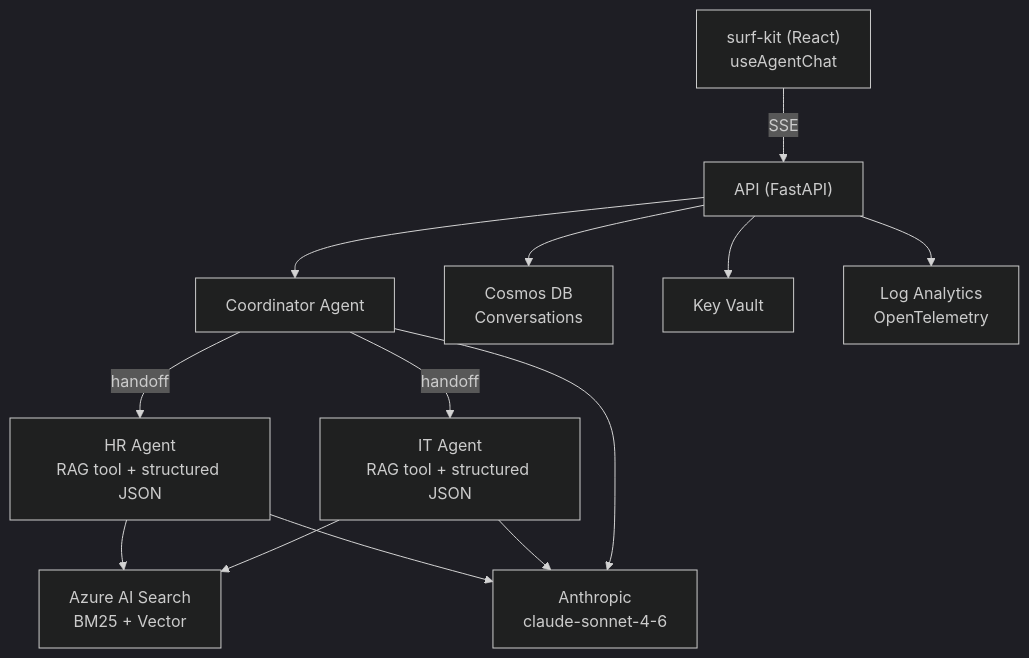
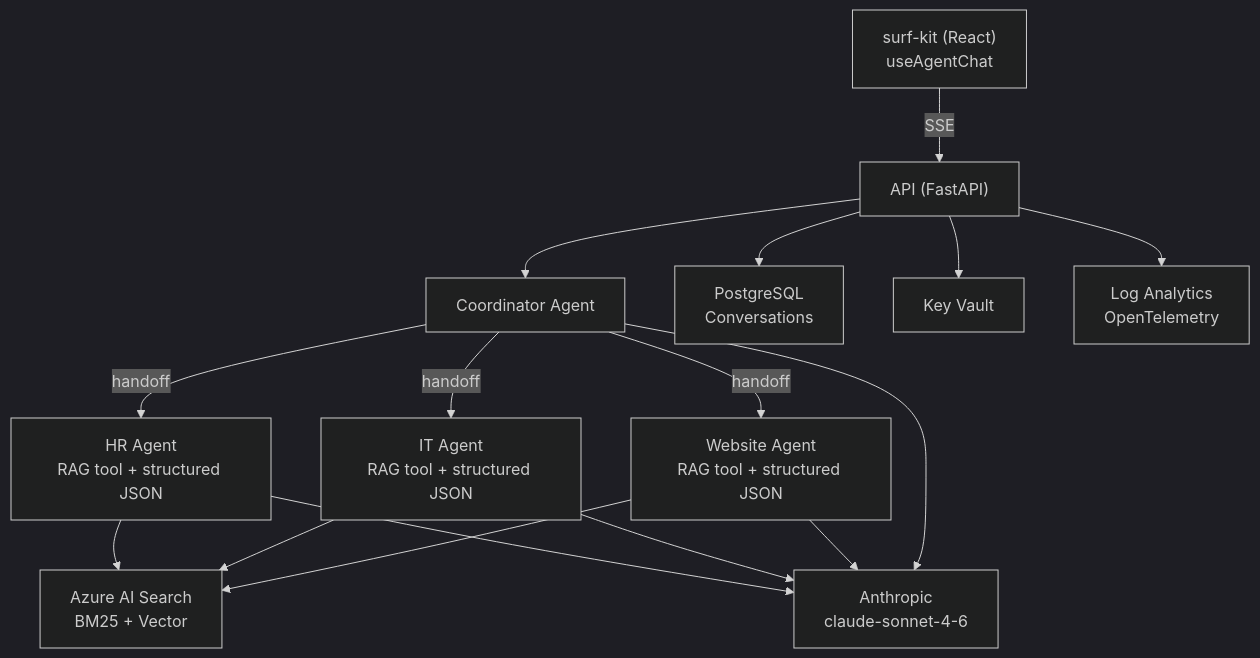
The first of 2 diagrams in README.md (barney-w/surf), drawn with Mermaid (dark theme) before and after one commit. The commit also changed other lines of this file, not shown here.

Commit message:
docs: update README with current architecture and features

````diff
--- a/README.md
+++ b/README.md
@@ -86,26 +110,30 @@
 ```mermaid
 graph TD
   client["surf-kit (React)<br/>useAgentChat"]
   api["API (FastAPI)"]
   coordinator["Coordinator Agent"]
   hr_agent["HR Agent<br/>RAG tool + structured JSON"]
   it_agent["IT Agent<br/>RAG tool + structured JSON"]
+  website_agent["Website Agent<br/>RAG tool + structured JSON"]
   aisearch["Azure AI Search<br/>BM25 + Vector"]
   anthropic["Anthropic<br/>claude-sonnet-4-6"]
-  cosmos["Cosmos DB<br/>Conversations"]
+  postgres["PostgreSQL<br/>Conversations"]
   keyvault["Key Vault"]
   logs["Log Analytics<br/>OpenTelemetry"]
 
   client -->|SSE| api
   api --> coordinator
   coordinator -->|handoff| hr_agent
   coordinator -->|handoff| it_agent
+  coordinator -->|handoff| website_agent
   hr_agent --> aisearch
   it_agent --> aisearch
+  website_agent --> aisearch
   hr_agent --> anthropic
   it_agent --> anthropic
+  website_agent --> anthropic
   coordinator --> anthropic
-  api --> cosmos
+  api --> postgres
   api --> keyvault
   api --> logs
 ```
````
